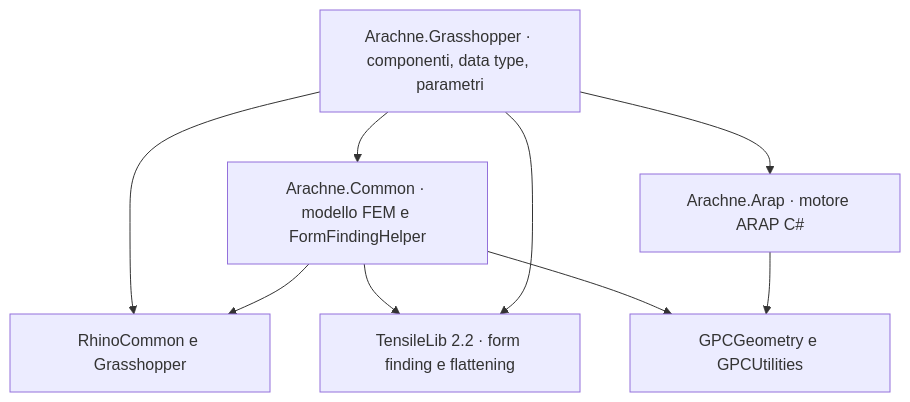
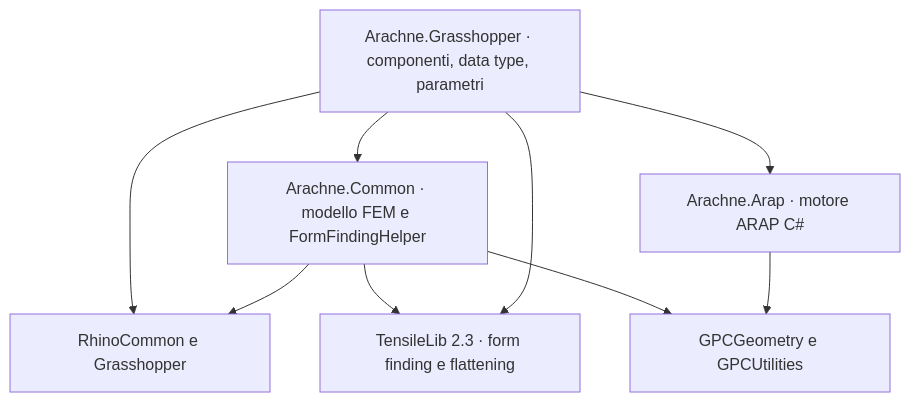
One commit to ITEC-GPA/Arachne changed the diagram in docs/ARCHITECTURE.md. Above: the diagram before and after it, drawn with Mermaid. The commit also changed other lines of this file and 23 other files, not shown here.

````diff
--- a/docs/ARCHITECTURE.md
+++ b/docs/ARCHITECTURE.md
@@ -3,11 +3,11 @@
 ```mermaid
 flowchart TD
   GH[Arachne.Grasshopper · componenti, data type, parametri] --> COMMON[Arachne.Common · modello FEM e FormFindingHelper]
   GH --> ARAP[Arachne.Arap · motore ARAP C#]
   GH --> RHINO[RhinoCommon e Grasshopper]
   COMMON --> RHINO
-  COMMON --> TL[TensileLib 2.2 · form finding e flattening]
+  COMMON --> TL[TensileLib 2.3 · form finding e flattening]
   COMMON --> GPC[GPCGeometry e GPCUtilities]
   GH --> TL
   ARAP --> GPC
 ```
````
